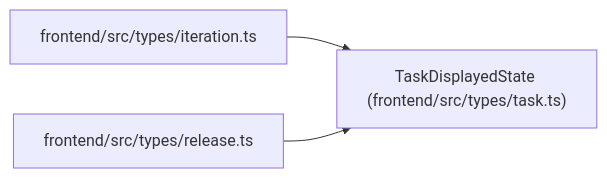
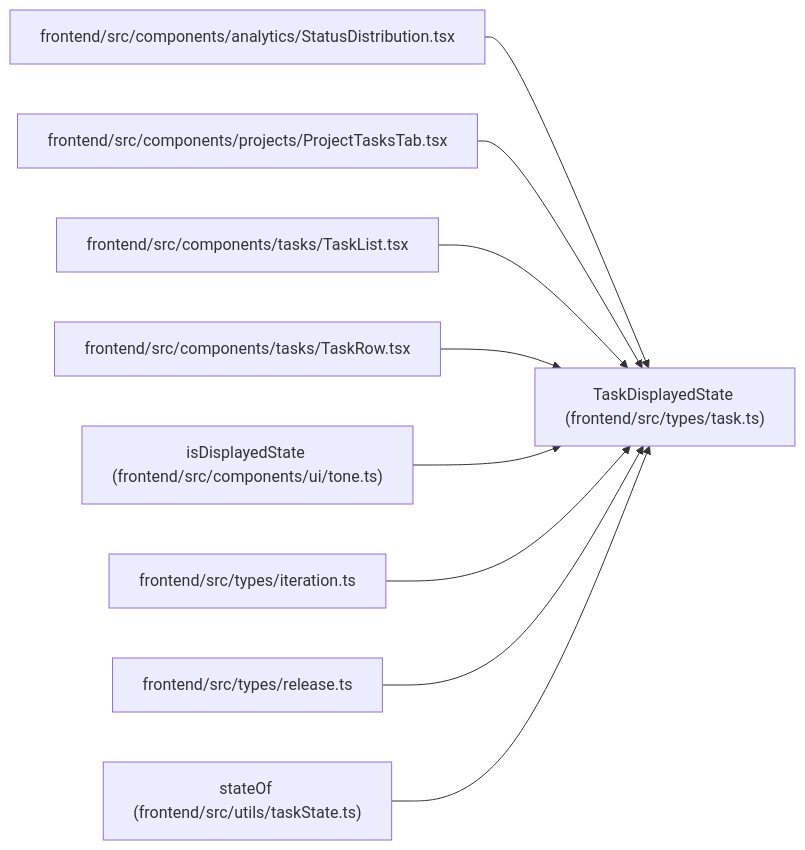
Before and after one commit to Denissvgn/WorkChord: the diagram in docs/llm_wiki/entities/TaskDisplayedState.md, drawn with Mermaid. The commit also changed other lines of this file and 674 other files, not shown here.

Commit message:
Sync the architectural wiki for showing stopped work

````diff
--- a/docs/llm_wiki/entities/TaskDisplayedState.md
+++ b/docs/llm_wiki/entities/TaskDisplayedState.md
@@ -28,11 +28,29 @@
 ```mermaid
 flowchart LR
     n0["TaskDisplayedState (frontend/src/types/task.ts)"]
-    n1["frontend/src/types/iteration.ts"]
-    n2["frontend/src/types/release.ts"]
+    n1["frontend/src/components/analytics/StatusDistribution.tsx"]
+    n2["frontend/src/components/projects/ProjectTasksTab.tsx"]
+    n3["frontend/src/components/tasks/TaskList.tsx"]
+    n4["frontend/src/components/tasks/TaskRow.tsx"]
+    n5["isDisplayedState (frontend/src/components/ui/tone.ts)"]
+    n6["frontend/src/types/iteration.ts"]
+    n7["frontend/src/types/release.ts"]
+    n8["stateOf (frontend/src/utils/taskState.ts)"]
     n1 --> n0
     n2 --> n0
+    n3 --> n0
+    n4 --> n0
+    n5 --> n0
+    n6 --> n0
+    n7 --> n0
+    n8 --> n0
     click n0 "../modules/types_task.md"
-    click n1 "../modules/types_iteration.md"
-    click n2 "../modules/types_release.md"
+    click n1 "../modules/StatusDistribution.md"
+    click n2 "../modules/ProjectTasksTab.md"
+    click n3 "../modules/TaskList.md"
+    click n4 "../modules/TaskRow.md"
+    click n5 "../modules/tone.md"
+    click n6 "../modules/types_iteration.md"
+    click n7 "../modules/types_release.md"
+    click n8 "../modules/taskState.md"
 ```
````
